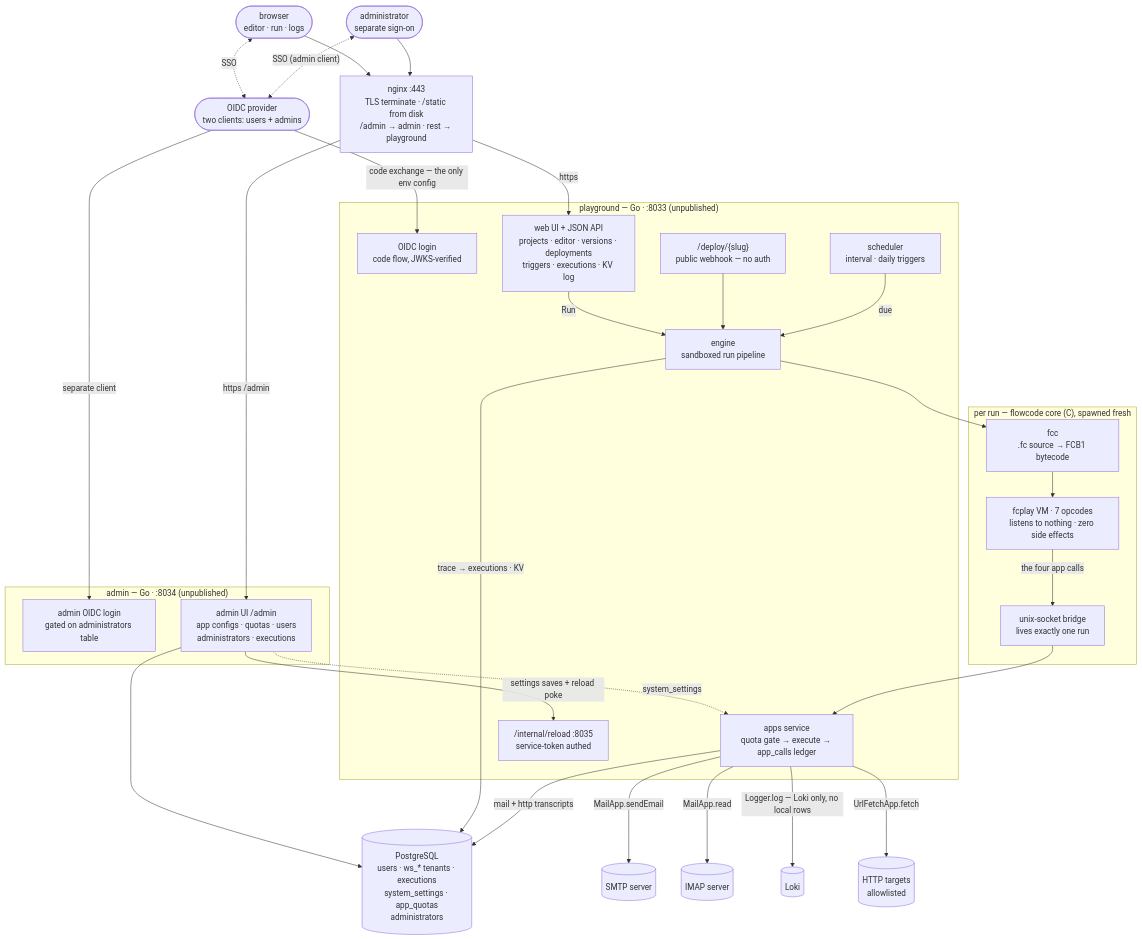
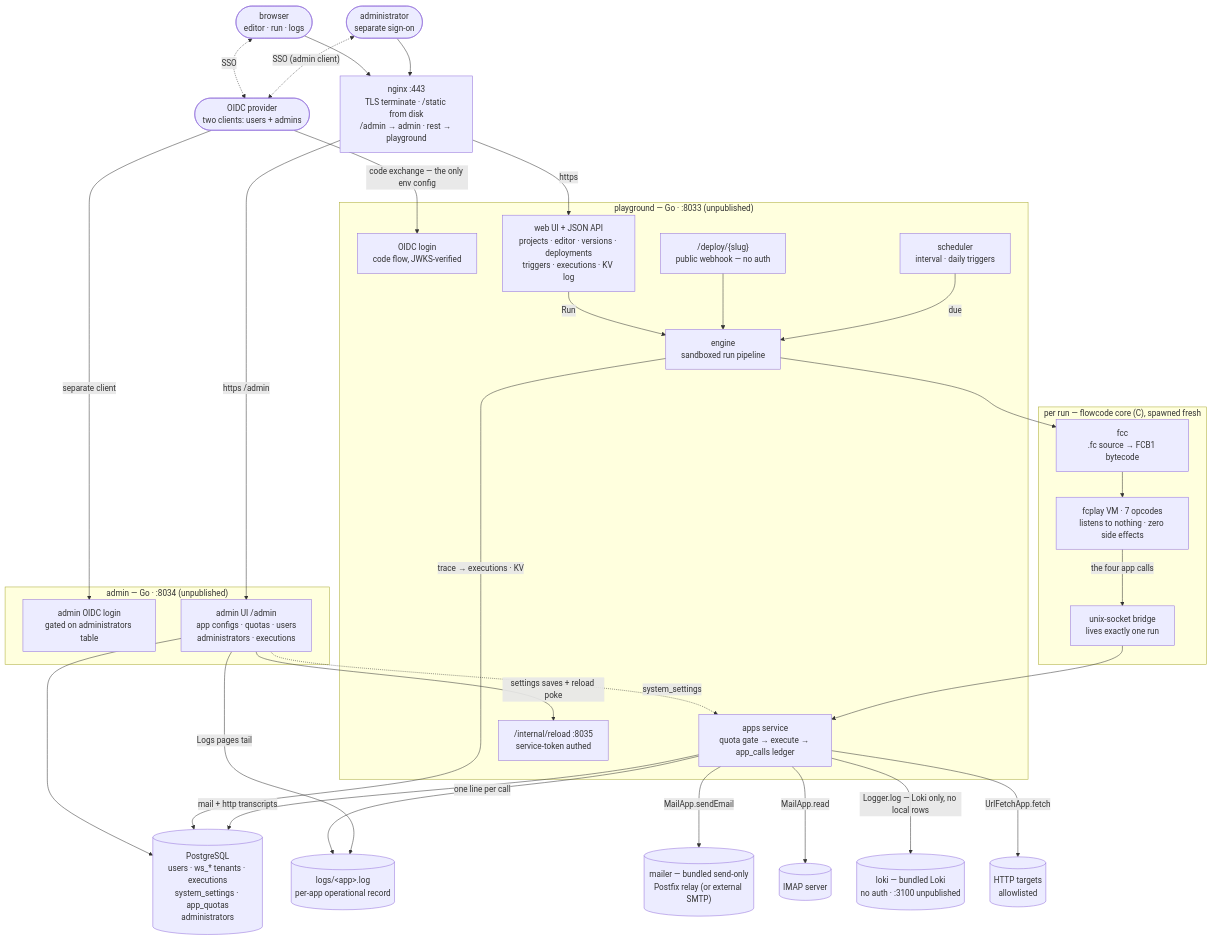
The diagram in README.md (tayyebi/flowcode-playground), drawn with Mermaid before and after one commit. The commit also changed other lines of this file and 36 other files, not shown here.

````diff
--- a/README.md
+++ b/README.md
@@ -23,61 +23,64 @@
 ```mermaid
 flowchart TB
     user(["browser<br/>editor · run · logs"])
     adminuser(["administrator<br/>separate sign-on"])
     idp(["OIDC provider<br/>two clients: users + admins"])
 
     nginx["nginx :443<br/>TLS terminate · /static from disk<br/>/admin → admin · rest → playground"]
 
     subgraph play["playground — Go · :8033 (unpublished)"]
         authn["OIDC login<br/>code flow, JWKS-verified"]
         ui["web UI + JSON API<br/>projects · editor · versions · deployments<br/>triggers · executions · KV log"]
         deploy["/deploy/{slug}<br/>public webhook — no auth"]
         sched["scheduler<br/>interval · daily triggers"]
         engine["engine<br/>sandboxed run pipeline"]
         apps["apps service<br/>quota gate → execute → app_calls ledger"]
         internal["/internal/reload :8035<br/>service-token authed"]
     end
 
     subgraph adm["admin — Go · :8034 (unpublished)"]
         aauthn["admin OIDC login<br/>gated on administrators table"]
         aui["admin UI /admin<br/>app configs · quotas · users<br/>administrators · executions"]
     end
 
     pg[("PostgreSQL<br/>users · ws_* tenants · executions<br/>system_settings · app_quotas<br/>administrators")]
 
     subgraph core["per run — flowcode core (C), spawned fresh"]
         fcc["fcc<br/>.fc source → FCB1 bytecode"]
         fcplay["fcplay VM · 7 opcodes<br/>listens to nothing · zero side effects"]
         bridge["unix-socket bridge<br/>lives exactly one run"]
     end
 
-    smtp[("SMTP server")]
+    mailer[("mailer — bundled send-only<br/>Postfix relay (or external SMTP)")]
     imap[("IMAP server")]
-    loki[("Loki")]
+    loki[("loki — bundled Loki<br/>no auth · :3100 unpublished")]
     http[("HTTP targets<br/>allowlisted")]
+    applog[("logs/&lt;app&gt;.log<br/>per-app operational record")]
 
     user --> nginx
     adminuser --> nginx
     nginx -->|"https"| ui
     nginx -->|"https /admin"| aui
     user <-.->|"SSO"| idp
     adminuser <-.->|"SSO (admin client)"| idp
     idp -->|"code exchange — the only env config"| authn
     idp -->|"separate client"| aauthn
     aui -->|"settings saves + reload poke"| internal
     aui --> pg
     ui -->|"Run"| engine
     deploy --> engine
     sched -->|"due"| engine
     aui -.->|"system_settings"| apps
     engine --> fcc
     fcc --> fcplay
     fcplay -->|"the four app calls"| bridge
     bridge --> apps
     engine -->|"trace → executions · KV"| pg
     apps -->|"mail + http transcripts"| pg
-    apps -->|"MailApp.sendEmail"| smtp
+    apps -->|"one line per call"| applog
+    aui -->|"Logs pages tail"| applog
+    apps -->|"MailApp.sendEmail"| mailer
     apps -->|"MailApp.read"| imap
     apps -->|"Logger.log — Loki only, no local rows"| loki
     apps -->|"UrlFetchApp.fetch"| http
 ```
````
